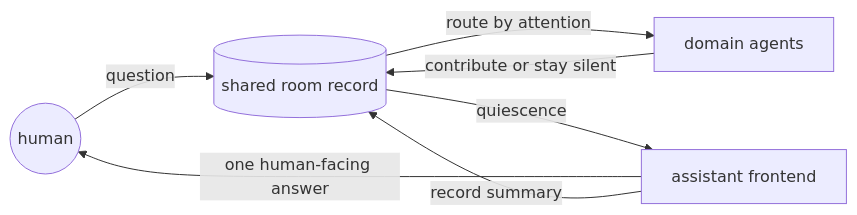
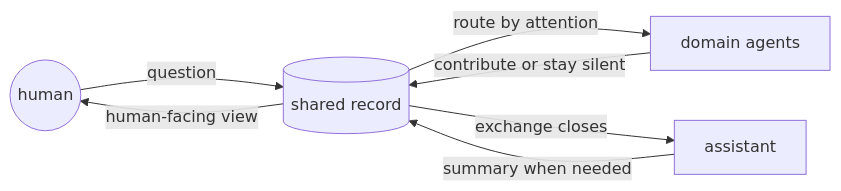
One commit to ambionframework/ambion changed the diagram in README.md. Above: the diagram before and after it, drawn with Mermaid. The commit also changed other lines of this file and 3 other files, not shown here.

Commit message:
docs: sharpen the human-facing assistant model

````diff
--- a/README.md
+++ b/README.md
@@ -28,9 +22,9 @@
 ```mermaid
 flowchart LR
-    H((human)) -- "question" --> L[(shared room record)]
-    L -- "route by attention" --> A[domain agents]
-    A -- "contribute or stay silent" --> L
-    L -- "quiescence" --> S[assistant frontend]
-    S -- "one human-facing answer" --> H
-    S -- "record summary" --> L
+    H((human)) -- "question" --> R[(shared record)]
+    R -- "route by attention" --> A[domain agents]
+    A -- "contribute or stay silent" --> R
+    R -- "exchange closes" --> S[assistant]
+    S -- "summary when needed" --> R
+    R -- "human-facing view" --> H
 ```
````
